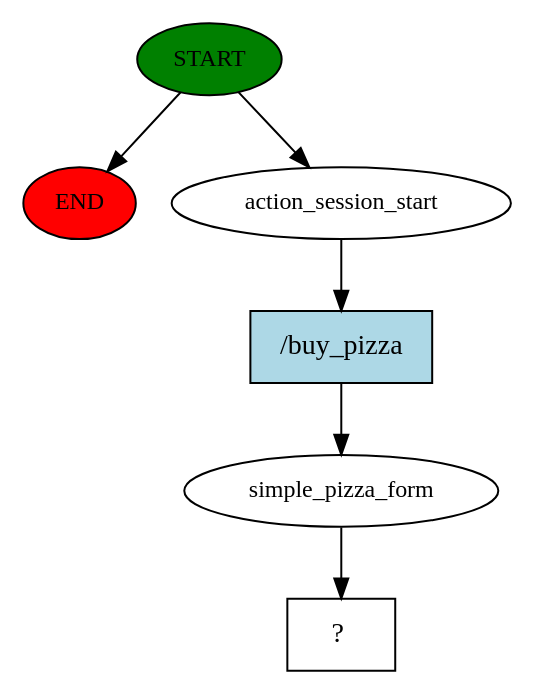
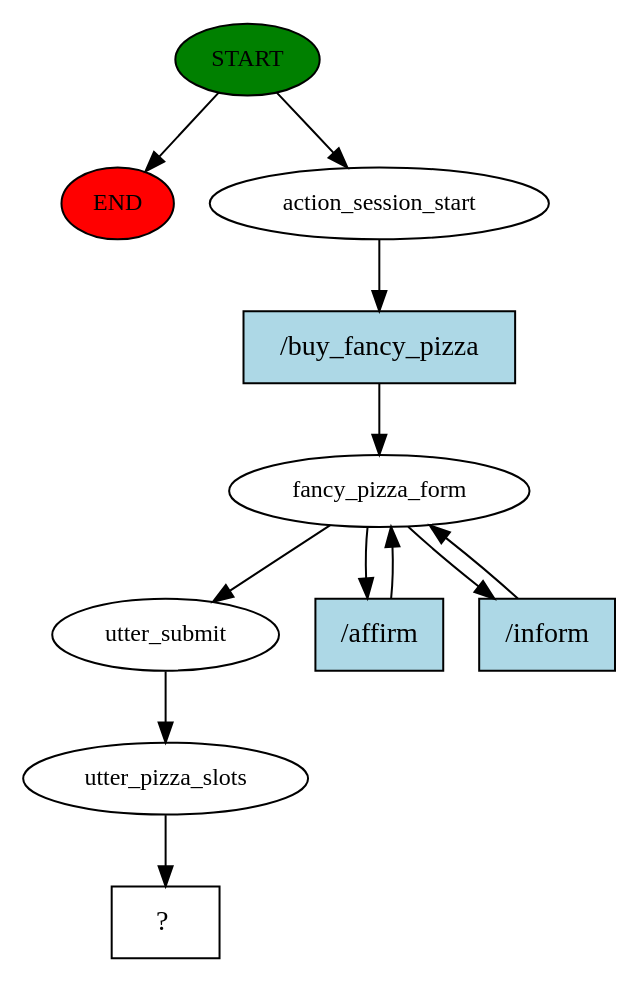
Before and after one commit to andreSantos1975/botpizza: the diagram in story_graph.dot, drawn with Graphviz. The commit also changed 631 other files, not shown here.

```diff
--- a/story_graph.dot
+++ b/story_graph.dot
@@ -1,13 +1,23 @@
 digraph  {
 0 [class="start active", fillcolor=green, fontsize=12, label=START, style=filled];
 "-1" [class=end, fillcolor=red, fontsize=12, label=END, style=filled];
 1 [class=active, fontsize=12, label=action_session_start];
-2 [class=active, fontsize=12, label=simple_pizza_form];
-3 [class="intent dashed active", label="  ?  ", shape=rect];
-4 [class="intent active", fillcolor=lightblue, label="/buy_pizza", shape=rect, style=filled];
+2 [class=active, fontsize=12, label=fancy_pizza_form];
+6 [class=active, fontsize=12, label=utter_submit];
+7 [class=active, fontsize=12, label=utter_pizza_slots];
+8 [class="intent dashed active", label="  ?  ", shape=rect];
+9 [class="intent active", fillcolor=lightblue, label="/buy_fancy_pizza", shape=rect, style=filled];
+10 [class="intent active", fillcolor=lightblue, label="/affirm", shape=rect, style=filled];
+11 [class="intent active", fillcolor=lightblue, label="/inform", shape=rect, style=filled];
 0 -> "-1"  [class="", key=NONE, label=""];
 0 -> 1  [class=active, key=NONE, label=""];
-1 -> 4  [class=active, key=0];
-2 -> 3  [class=active, key=NONE, label=""];
-4 -> 2  [class=active, key=0];
+1 -> 9  [class=active, key=0];
+2 -> 6  [class=active, key=NONE, label=""];
+2 -> 10  [class=active, key=0];
+2 -> 11  [class=active, key=0];
+6 -> 7  [class=active, key=NONE, label=""];
+7 -> 8  [class=active, key=NONE, label=""];
+9 -> 2  [class=active, key=0];
+10 -> 2  [class=active, key=0];
+11 -> 2  [class=active, key=0];
 }
```
